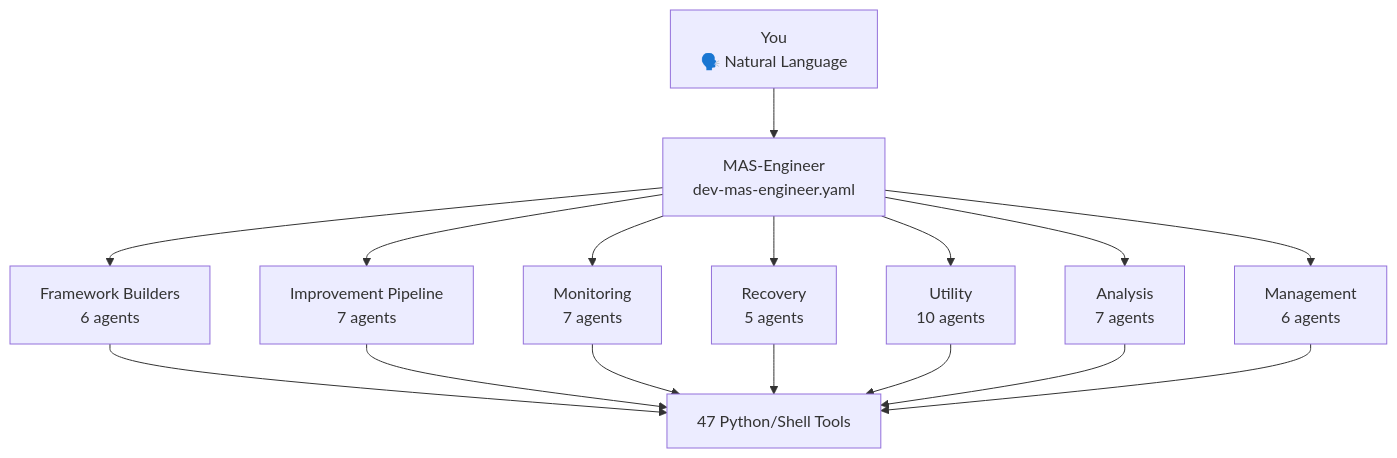
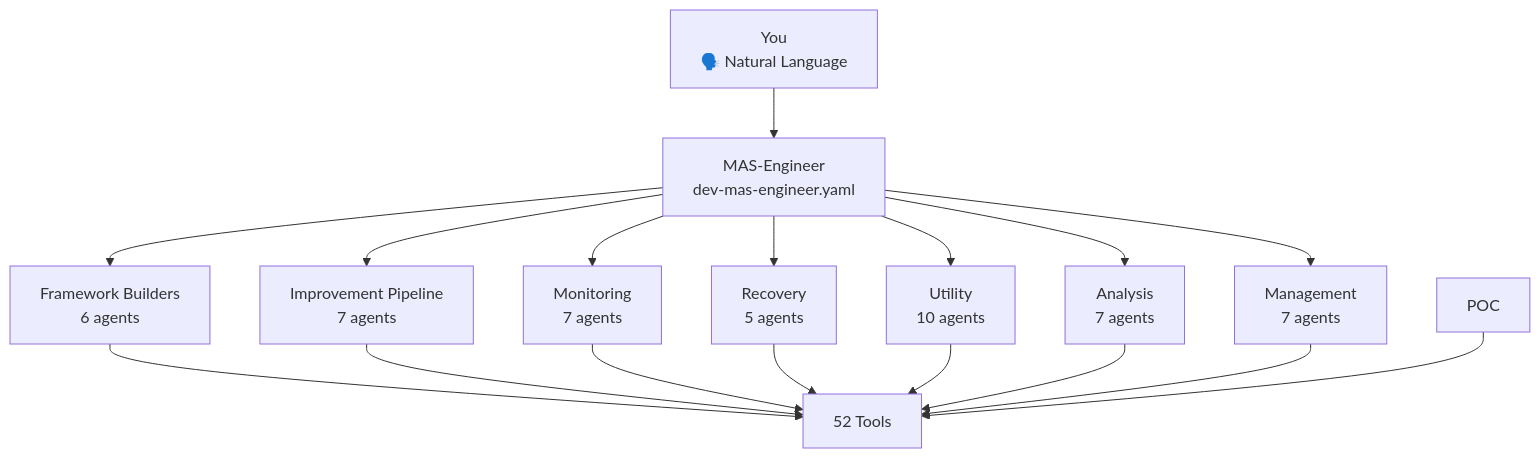
One commit to mczardybon/mas-engineer changed the first of 2 diagrams in docs/index.md. Above: the diagram before and after it, drawn with Mermaid. The commit also changed other lines of this file and 13 other files, not shown here.

First line of the commit message:
[DOCS] sync all documentation to actual repo state (52 agents, 52 tools, 11 rules)

````diff
--- a/docs/index.md
+++ b/docs/index.md
@@ -50,12 +50,12 @@
 ```mermaid
 flowchart TD
     YOU["You\n🗣️ Natural Language"] --> ENGINEER["MAS-Engineer\ndev-mas-engineer.yaml"]
     ENGINEER --> FB["Framework Builders\n6 agents"]
     ENGINEER --> IP["Improvement Pipeline\n7 agents"]
     ENGINEER --> MON["Monitoring\n7 agents"]
     ENGINEER --> REC["Recovery\n5 agents"]
     ENGINEER --> UT["Utility\n10 agents"]
     ENGINEER --> AN["Analysis\n7 agents"]
-    ENGINEER --> MG["Management\n6 agents"]
-    FB & IP & MON & REC & UT & AN & MG --> TOOLS["47 Python/Shell Tools"]
+    ENGINEER --> MG["Management\n7 agents"]
+    FB & IP & MON & REC & UT & AN & MG & POC --> TOOLS["52 Tools"]
 ```
````
